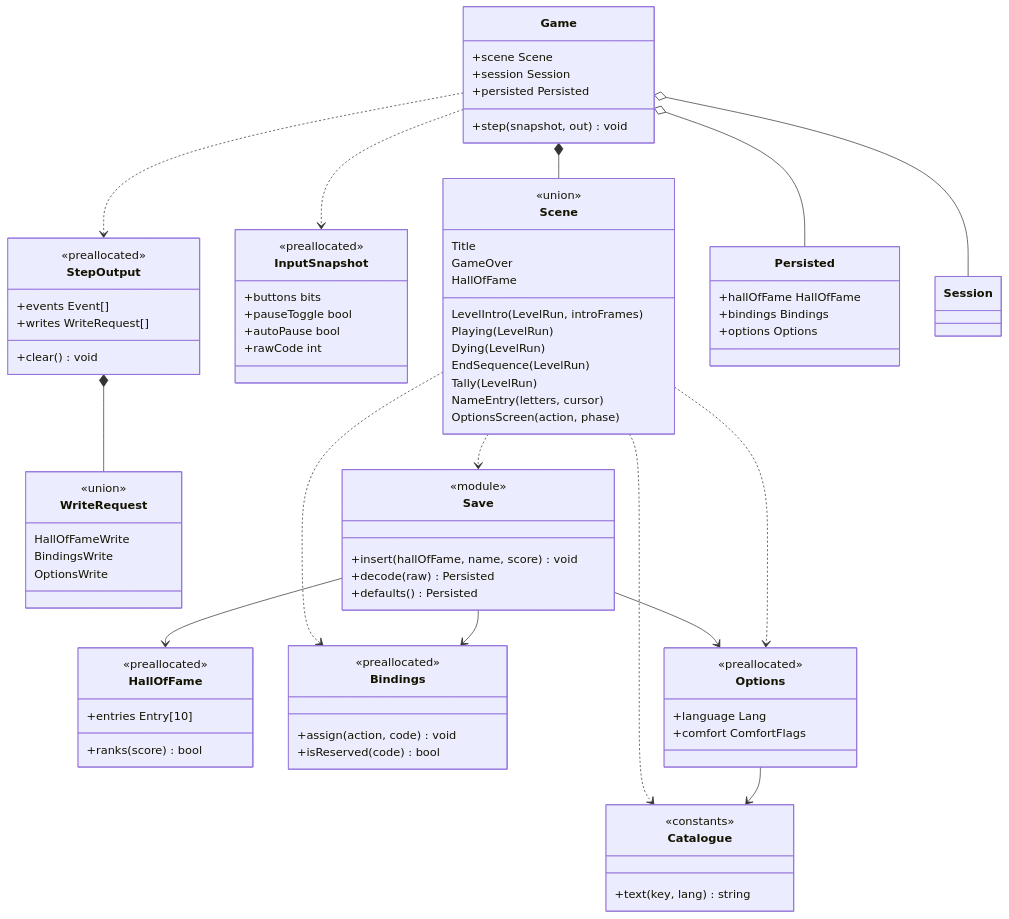
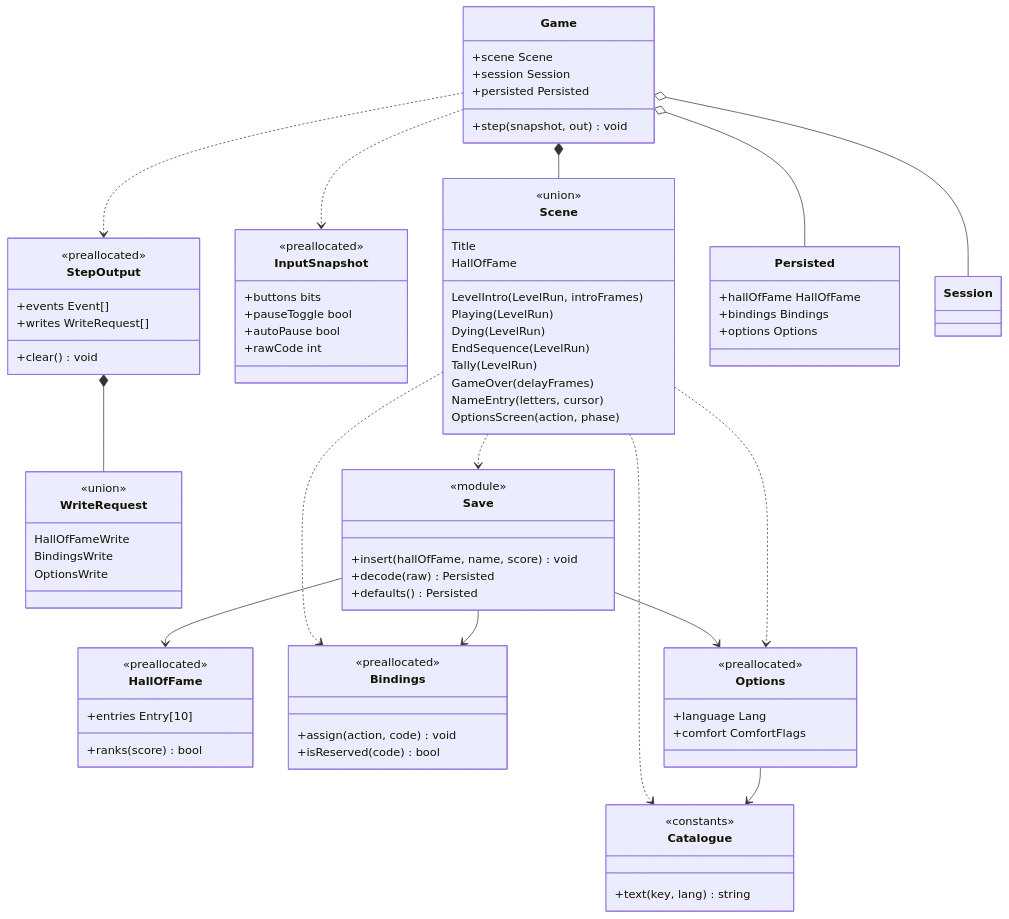
Before and after one commit to benoit-bremaud/retro-plumber: the diagram in docs/architecture/diagrams/meta/15-class-meta.md, drawn with Mermaid.

Commit message:
docs(uml): GameOver delay counter (#8)

```diff
--- a/docs/architecture/diagrams/meta/15-class-meta.md
+++ b/docs/architecture/diagrams/meta/15-class-meta.md
@@ -27,7 +27,7 @@
         Dying(LevelRun)
         EndSequence(LevelRun)
         Tally(LevelRun)
-        GameOver
+        GameOver(delayFrames)
         NameEntry(letters, cursor)
         HallOfFame
         OptionsScreen(action, phase)
```
